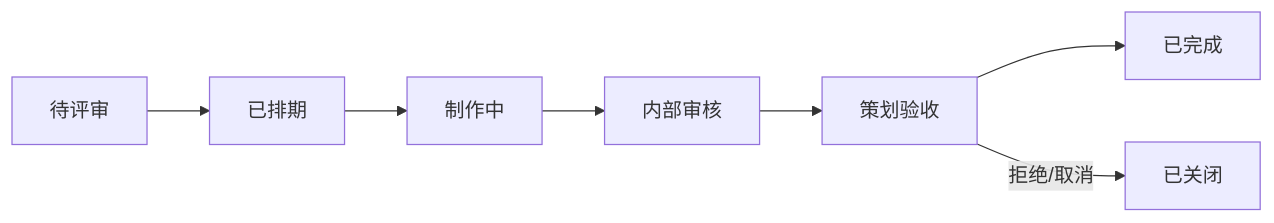
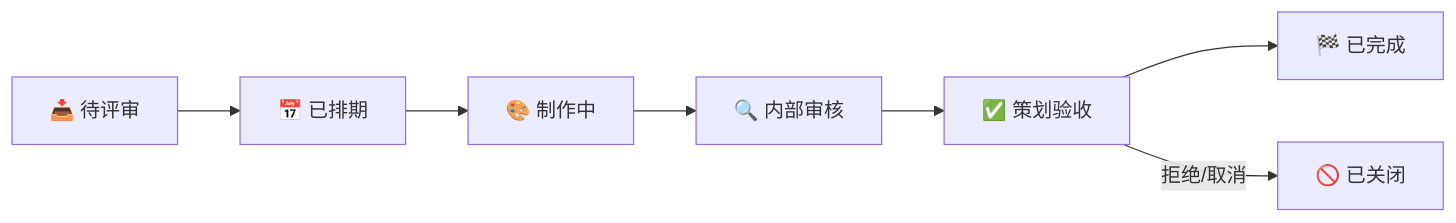
Before and after one commit to diedie23/Game-Knowledge-Base: the diagram in docs/knowledge-base/art-vs-planner-template.md, drawn with Mermaid. The commit also changed other lines of this file and 20 other files, not shown here.

````diff
--- a/docs/knowledge-base/art-vs-planner-template.md
+++ b/docs/knowledge-base/art-vs-planner-template.md
@@ -174,9 +180,9 @@
 ```mermaid
 graph LR
-    A[待评审] --> B[已排期]
-    B --> C[制作中]
-    C --> D[内部审核]
-    D --> E[策划验收]
-    E --> F[已完成]
-    E -->|拒绝/取消| G[已关闭]
+    A[📥 待评审] --> B[📅 已排期]
+    B --> C[🎨 制作中]
+    C --> D[🔍 内部审核]
+    D --> E[✅ 策划验收]
+    E --> F[🏁 已完成]
+    E -->|拒绝/取消| G[🚫 已关闭]
 ```
````
